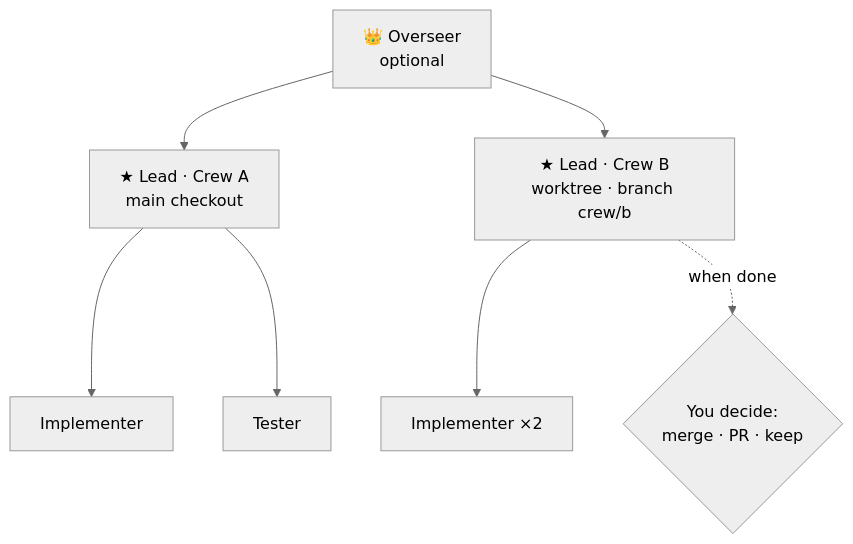
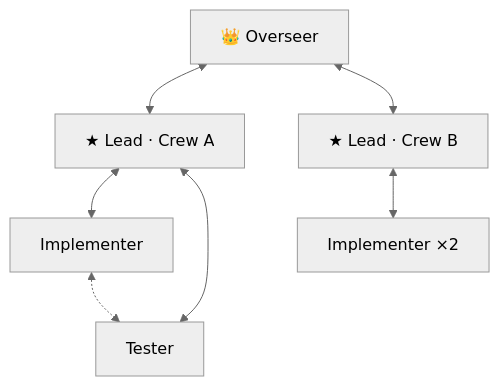
One commit to MadsLangkilde/crewser changed the second of 2 diagrams in README.md. Above: the diagram before and after it, drawn with Mermaid (neutral theme). The commit also changed other lines of this file and 2 other files, not shown here.

First line of the commit message:
Shorter README focused on strategies, the overseer and resume

````diff
--- a/README.md
+++ b/README.md
@@ -106,9 +63,9 @@
 ```mermaid
 flowchart TD
-  O["👑 Overseer<br/>optional"] --> LA["★ Lead · Crew A<br/>main checkout"]
-  O --> LB["★ Lead · Crew B<br/>worktree · branch crew/b"]
-  LA --> A1["Implementer"]
-  LA --> A2["Tester"]
-  LB --> B1["Implementer ×2"]
-  LB -.when done.-> M{"You decide:<br/>merge · PR · keep"}
+  O["👑 Overseer"] <--> LA["★ Lead · Crew A"]
+  O <--> LB["★ Lead · Crew B"]
+  LA <--> A1["Implementer"]
+  LA <--> A2["Tester"]
+  A1 <-.-> A2
+  LB <--> B1["Implementer ×2"]
 ```
````
